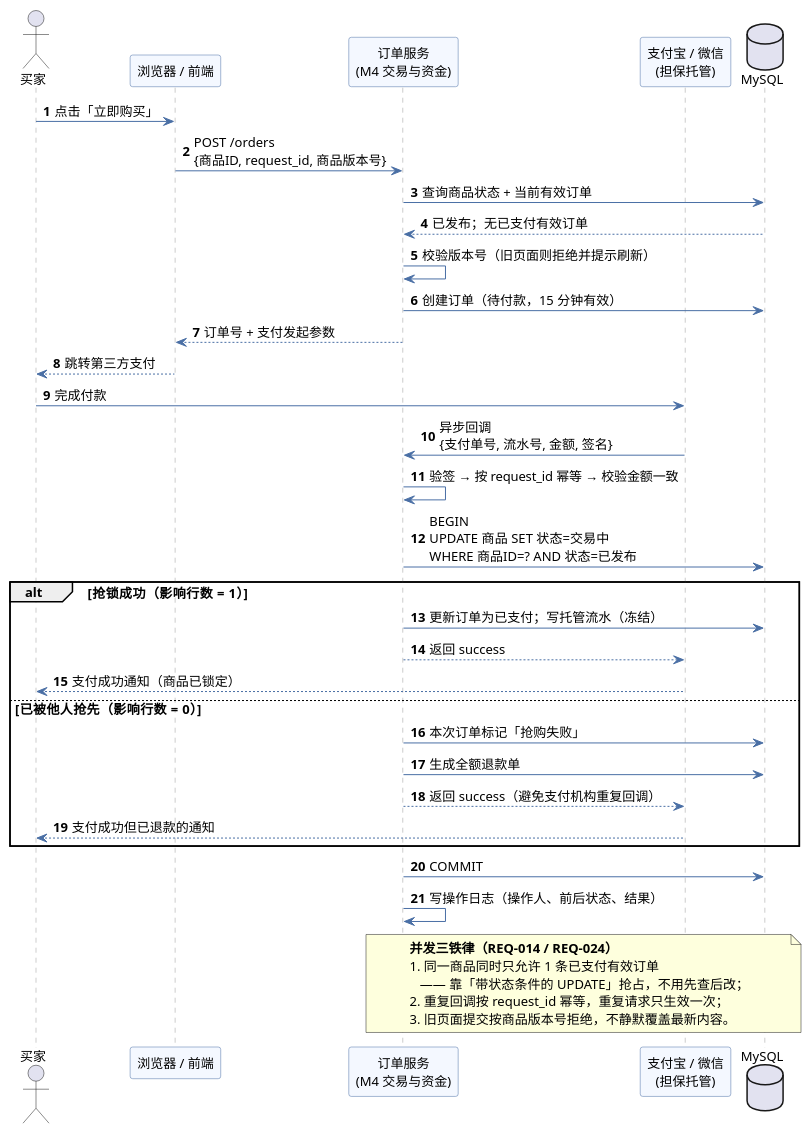
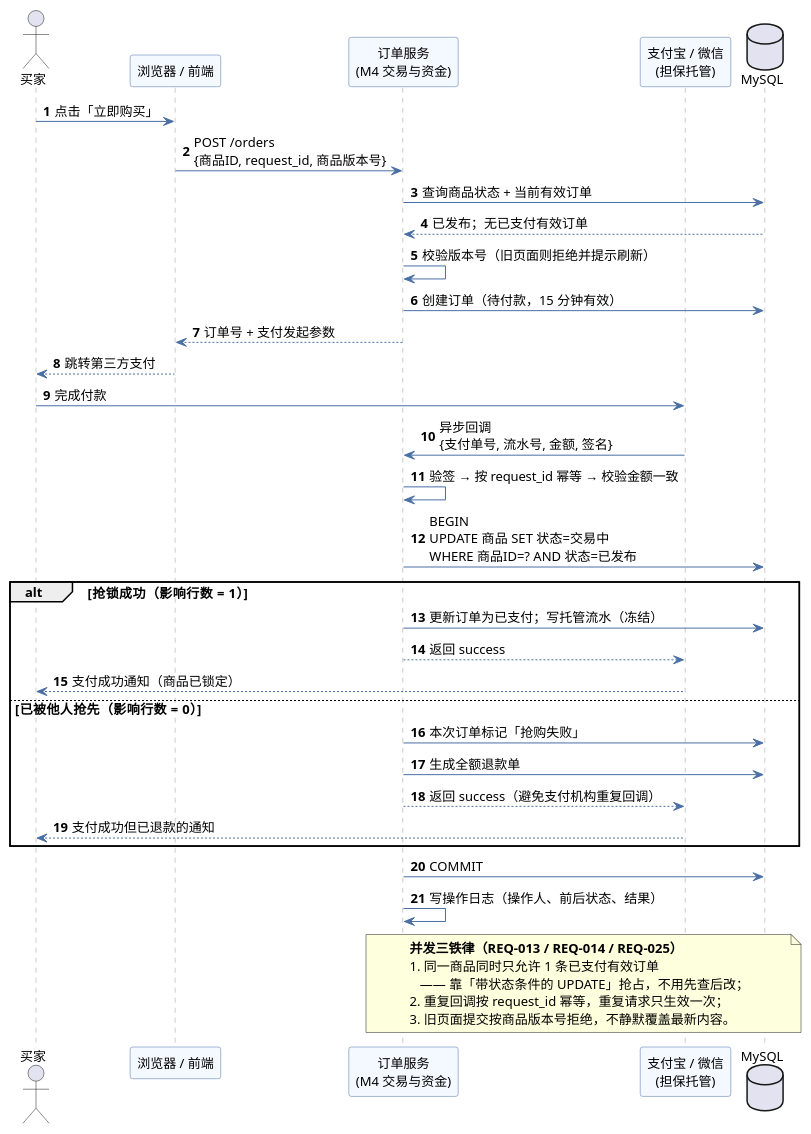
One commit to XuHR233/SE-lab1-requirements changed the diagram in lab02/UML/时序图.puml. Above: the diagram before and after it, drawn with PlantUML. The commit also changed 3 other files, not shown here.

```diff
--- a/lab02/UML/时序图.puml
+++ b/lab02/UML/时序图.puml
@@ -1,57 +1,57 @@
 @startuml
 ' 实验二 · 二手交易系统 · 时序图（支付回调锁货：并发抢购的唯一一条成功路径）
 skinparam defaultFontName "Microsoft YaHei"
 skinparam defaultFontSize 13
 skinparam shadowing false
 skinparam sequence {
   ArrowColor #4A6FA5
   LifeLineBorderColor #999999
   ParticipantBackgroundColor #F4F8FF
   ParticipantBorderColor #4A6FA5
 }
 autonumber
 
 actor "买家" as Buyer
 participant "浏览器 / 前端" as FE
 participant "订单服务\n(M4 交易与资金)" as Order
 participant "支付宝 / 微信\n(担保托管)" as Pay
 database "MySQL" as DB
 
 Buyer -> FE : 点击「立即购买」
 FE -> Order : POST /orders\n{商品ID, request_id, 商品版本号}
 Order -> DB : 查询商品状态 + 当前有效订单
 DB --> Order : 已发布；无已支付有效订单
 
 Order -> Order : 校验版本号（旧页面则拒绝并提示刷新）
 Order -> DB : 创建订单（待付款，15 分钟有效）
 Order --> FE : 订单号 + 支付发起参数
 FE --> Buyer : 跳转第三方支付
 
 Buyer -> Pay : 完成付款
 Pay -> Order : 异步回调\n{支付单号, 流水号, 金额, 签名}
 Order -> Order : 验签 → 按 request_id 幂等 → 校验金额一致
 
 Order -> DB : BEGIN\nUPDATE 商品 SET 状态=交易中\nWHERE 商品ID=? AND 状态=已发布
 alt 抢锁成功（影响行数 = 1）
   Order -> DB : 更新订单为已支付；写托管流水（冻结）
   Order --> Pay : 返回 success
   Pay --> Buyer : 支付成功通知（商品已锁定）
 else 已被他人抢先（影响行数 = 0）
   Order -> DB : 本次订单标记「抢购失败」
   Order -> DB : 生成全额退款单
   Order --> Pay : 返回 success（避免支付机构重复回调）
   Pay --> Buyer : 支付成功但已退款的通知
 end
 
 Order -> DB : COMMIT
 Order -> Order : 写操作日志（操作人、前后状态、结果）
 
 note over Order, DB
-  <b>并发三铁律（REQ-014 / REQ-024）</b>
+  <b>并发三铁律（REQ-013 / REQ-014 / REQ-025）</b>
   1. 同一商品同时只允许 1 条已支付有效订单
      —— 靠「带状态条件的 UPDATE」抢占，不用先查后改；
   2. 重复回调按 request_id 幂等，重复请求只生效一次；
   3. 旧页面提交按商品版本号拒绝，不静默覆盖最新内容。
 end note
 
 @enduml
```
